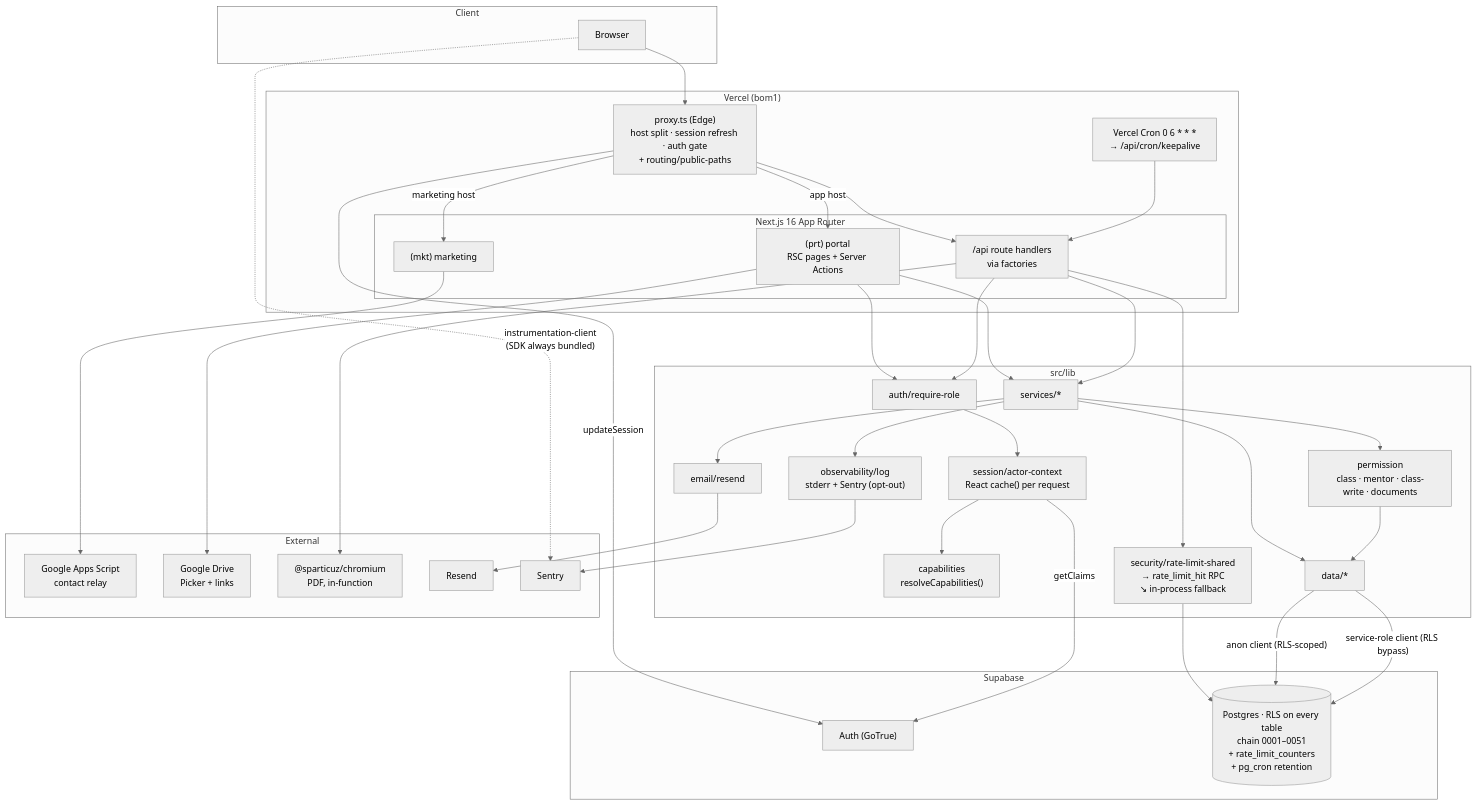
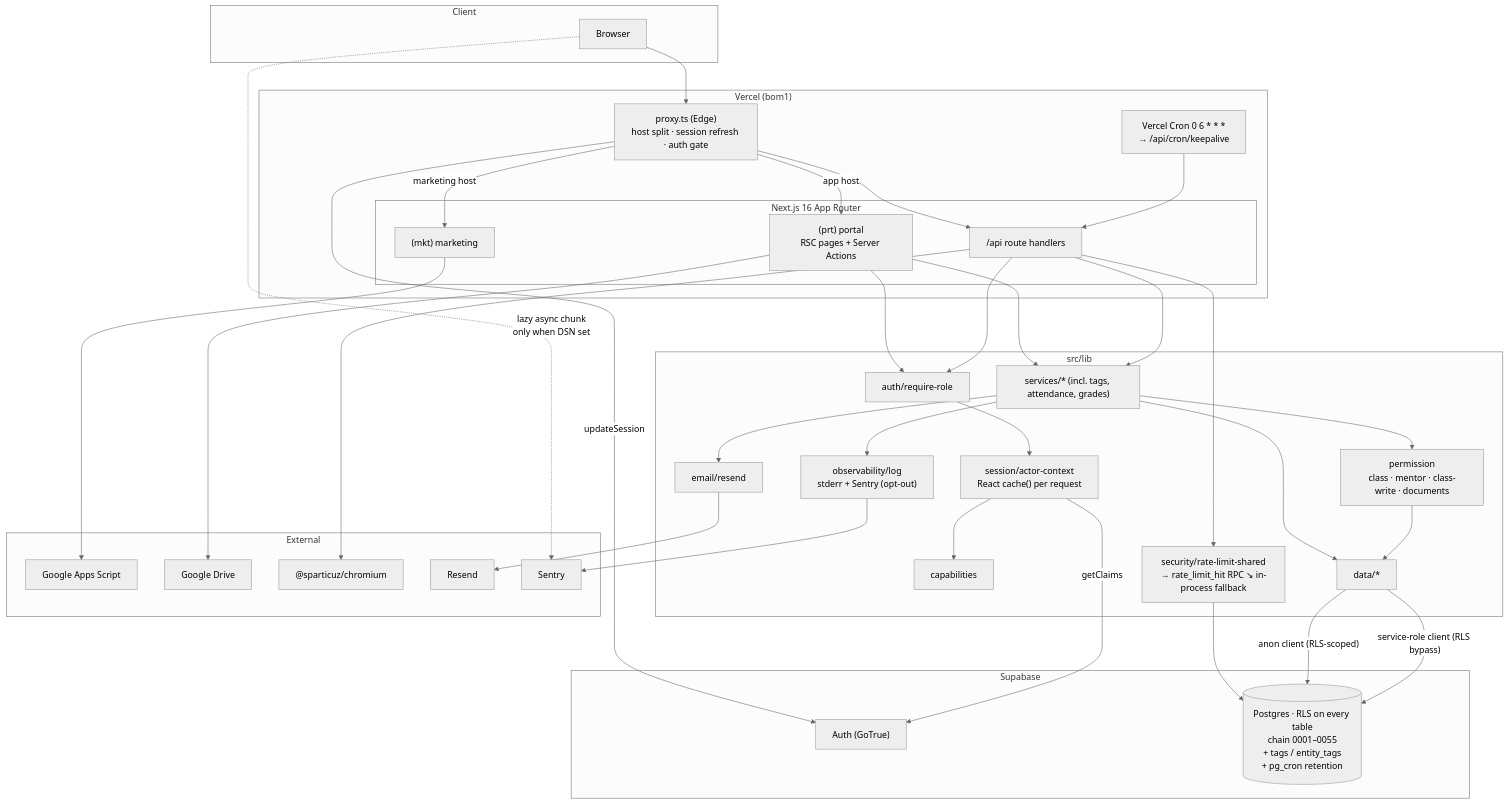
The diagram in docs/qa/2026-08-03-architecture-audit.md (shamil3ilm/certed-test), drawn with Mermaid (neutral theme) before and after one commit. The commit also changed other lines of this file and 1 other file, not shown here.

Commit message:
docs: mark NEW-12/NEW-13 resolved in the architecture audit

````diff
--- a/docs/qa/2026-08-03-architecture-audit.md
+++ b/docs/qa/2026-08-03-architecture-audit.md
@@ -203,72 +200,72 @@
 ```mermaid
 flowchart TB
   subgraph Client
     B[Browser]
   end
 
   subgraph Vercel["Vercel (bom1)"]
-    MW["proxy.ts (Edge)<br/>host split · session refresh · auth gate<br/>+ routing/public-paths"]
+    MW["proxy.ts (Edge)<br/>host split · session refresh · auth gate"]
     subgraph Next["Next.js 16 App Router"]
       MKT["(mkt) marketing"]
       PRT["(prt) portal<br/>RSC pages + Server Actions"]
-      API["/api route handlers<br/>via factories"]
+      API["/api route handlers"]
     end
     CRON["Vercel Cron 0 6 * * *<br/>→ /api/cron/keepalive"]
   end
 
   subgraph Domain["src/lib"]
     GUARD["auth/require-role"]
     ACTOR["session/actor-context<br/>React cache() per request"]
-    CAP["capabilities<br/>resolveCapabilities()"]
+    CAP["capabilities"]
     PERM["permission<br/>class · mentor · class-write · documents"]
-    SVC["services/*"]
+    SVC["services/* (incl. tags, attendance, grades)"]
     DATA["data/*"]
     OBS["observability/log<br/>stderr + Sentry (opt-out)"]
-    RLS2["security/rate-limit-shared<br/>→ rate_limit_hit RPC<br/>↘ in-process fallback"]
+    RLS2["security/rate-limit-shared<br/>→ rate_limit_hit RPC ↘ in-process fallback"]
     MAILM["email/resend"]
   end
 
   subgraph Supabase
     AUTH["Auth (GoTrue)"]
-    PG[("Postgres · RLS on every table<br/>chain 0001–0051<br/>+ rate_limit_counters<br/>+ pg_cron retention")]
+    PG[("Postgres · RLS on every table<br/>chain 0001–0055<br/>+ tags / entity_tags<br/>+ pg_cron retention")]
   end
 
   subgraph External
-    GAS["Google Apps Script<br/>contact relay"]
-    DRIVE["Google Drive<br/>Picker + links"]
-    CHROME["@sparticuz/chromium<br/>PDF, in-function"]
+    GAS["Google Apps Script"]
+    DRIVE["Google Drive"]
+    CHROME["@sparticuz/chromium"]
     RESEND["Resend"]
     SENTRY["Sentry"]
   end
 
   B --> MW
   MW -->|marketing host| MKT
   MW -->|app host| PRT
   MW --> API
   MW -->|updateSession| AUTH
 
   PRT --> GUARD
   API --> GUARD
   GUARD --> ACTOR
   ACTOR --> CAP
   ACTOR -->|getClaims| AUTH
   PRT --> SVC
   API --> SVC
   API --> RLS2
   SVC --> PERM
   SVC --> DATA
   SVC --> OBS
   SVC --> MAILM
   MAILM --> RESEND
   OBS --> SENTRY
-  B -.->|"instrumentation-client<br/>(SDK always bundled)"| SENTRY
+  B -.->|"lazy async chunk<br/>only when DSN set"| SENTRY
   PERM --> DATA
   RLS2 --> PG
   DATA -->|"anon client (RLS-scoped)"| PG
   DATA -->|"service-role client (RLS bypass)"| PG
 
   MKT --> GAS
   PRT --> DRIVE
   API --> CHROME
   CRON --> API
 ```
````
